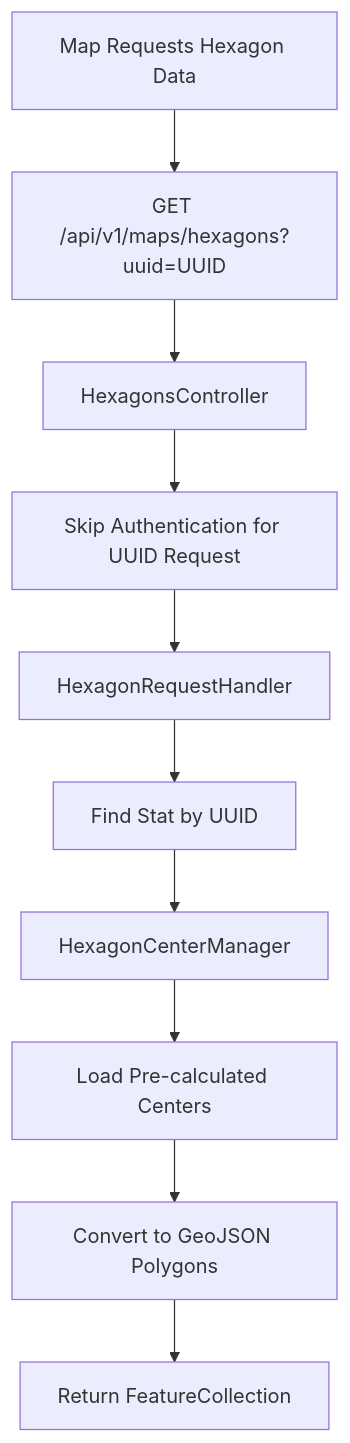
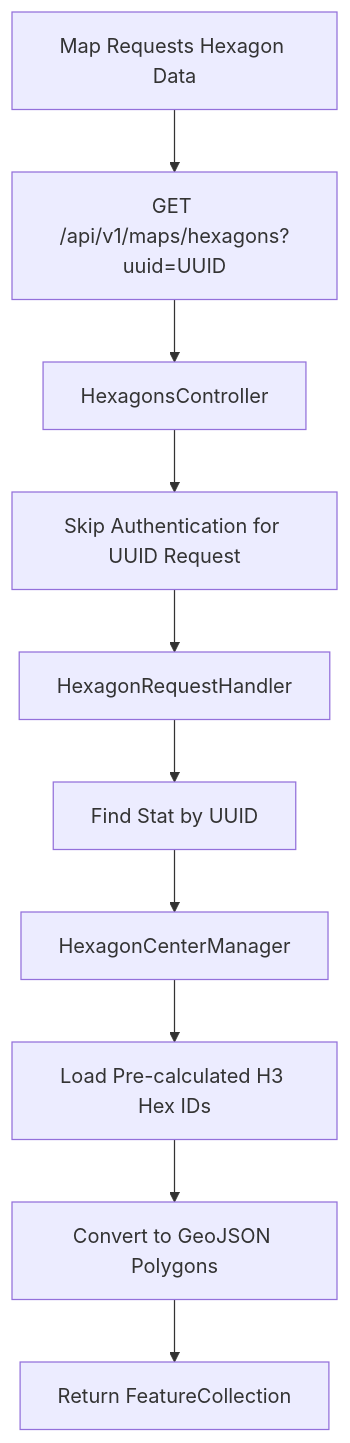
The fourth of 4 diagrams in docs/SHAREABLE_STATS_FEATURE.md (Freika/dawarich), drawn with Mermaid before and after one commit. The commit also changed other lines of this file and 5 other files, not shown here.

````diff
--- a/docs/SHAREABLE_STATS_FEATURE.md
+++ b/docs/SHAREABLE_STATS_FEATURE.md
@@ -246,12 +248,12 @@
 ```mermaid
 graph TD
     A[Map Requests Hexagon Data] --> B[GET /api/v1/maps/hexagons?uuid=UUID]
     B --> C[HexagonsController]
     C --> D[Skip Authentication for UUID Request]
     D --> E[HexagonRequestHandler]
     E --> F[Find Stat by UUID]
     F --> G[HexagonCenterManager]
-    G --> H[Load Pre-calculated Centers]
+    G --> H[Load Pre-calculated H3 Hex IDs]
     H --> I[Convert to GeoJSON Polygons]
     I --> J[Return FeatureCollection]
 ```
````
